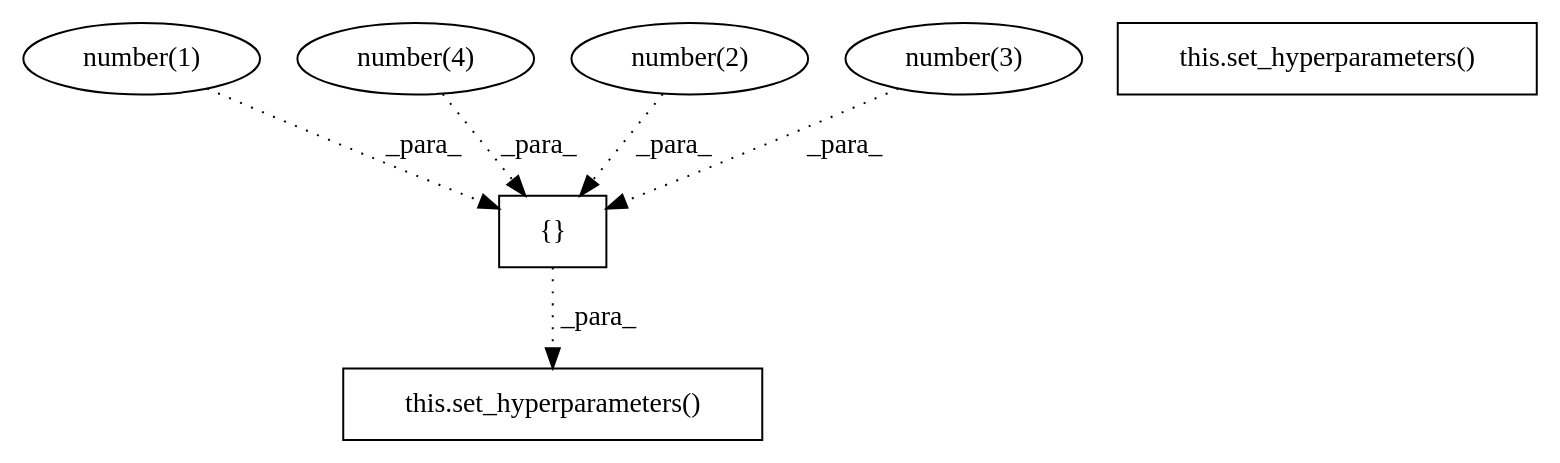
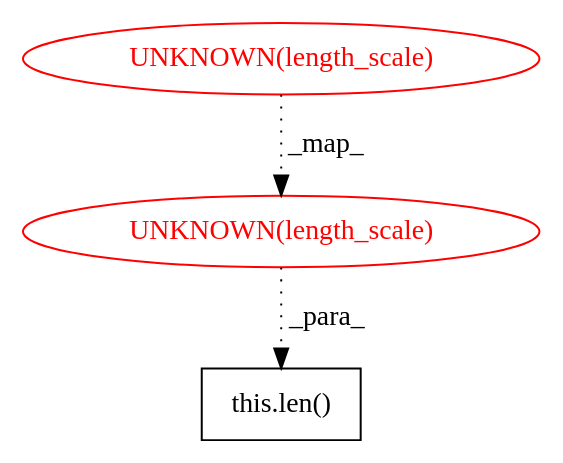
Before and after one commit to maldil/R-CPATMiner: the diagram in AtomicASTChangeMining/OUTPUT/DEBUG/01d3b2e97649992388a57b4d05b6c11b7bf82881___1.dot, drawn with Graphviz. The commit also changed 706 other files, not shown here.

```diff
--- a/AtomicASTChangeMining/OUTPUT/DEBUG/01d3b2e97649992388a57b4d05b6c11b7bf82881___1.dot
+++ b/AtomicASTChangeMining/OUTPUT/DEBUG/01d3b2e97649992388a57b4d05b6c11b7bf82881___1.dot
@@ -1,14 +1,7 @@
 digraph G {
-1 [label="number(1)" shape=ellipse]
-2 [label="number(4)" shape=ellipse]
-3 [label="{}" shape=box]
-4 [label="number(2)" shape=ellipse]
-5 [label="number(3)" shape=ellipse]
-6 [label="this.set_hyperparameters()" shape=box]
-7 [label="this.set_hyperparameters()" shape=box]
-1 -> 3 [label="_para_" style=dotted];
-4 -> 3 [label="_para_" style=dotted];
-5 -> 3 [label="_para_" style=dotted];
-2 -> 3 [label="_para_" style=dotted];
-3 -> 7 [label="_para_" style=dotted];
+1 [label="this.len()" shape=box]
+2 [label="UNKNOWN(length_scale)" shape=ellipse color=red fontcolor=red]
+3 [label="UNKNOWN(length_scale)" shape=ellipse color=red fontcolor=red]
+3 -> 1 [label="_para_" style=dotted];
+2 -> 3 [label="_map_" style=dotted];
 }
```
